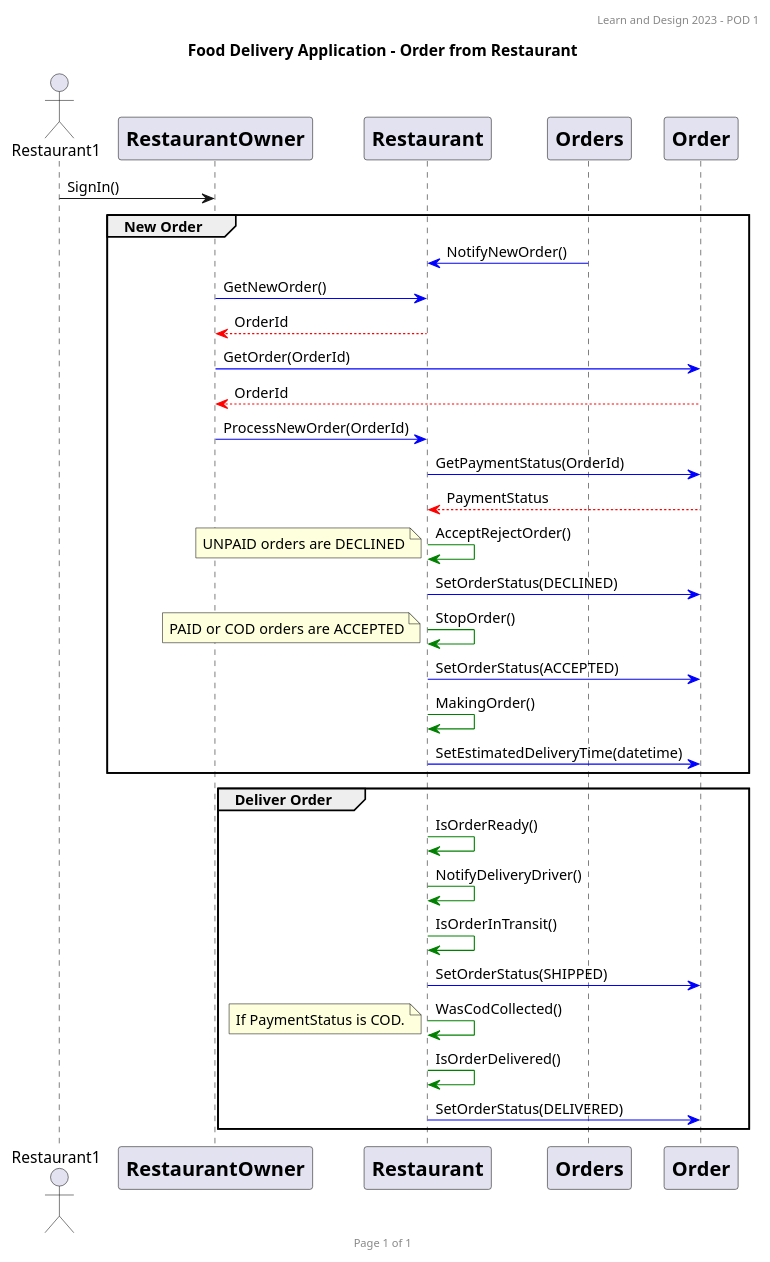
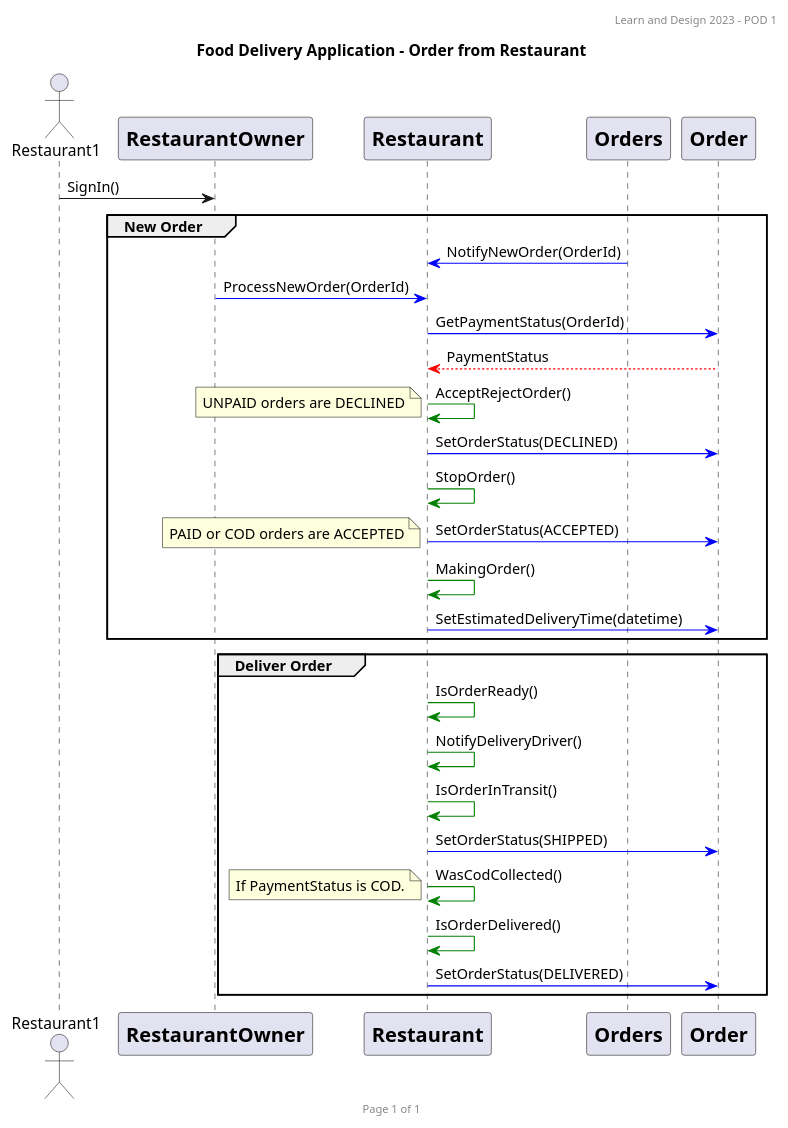
Before and after one commit to WestonDockstader/FoodDeliveryApp: the diagram in SequenceDiagram/restaurantOwner-sequence.puml, drawn with PlantUML. The commit also changed 3 other files, not shown here.

Commit message:
Restaurant Owner sequence and Class Diagram updates.

```diff
--- a/SequenceDiagram/restaurantOwner-sequence.puml
+++ b/SequenceDiagram/restaurantOwner-sequence.puml
@@ -1,61 +1,56 @@
 @startuml
 header Learn and Design 2023 - POD 1
 footer Page %page% of %lastpage%
 
 title: Food Delivery Application - Order from Restaurant
 
 actor Restaurant1
 
 participant RestaurantOwner [
     = RestaurantOwner
 ]
 
 participant Restaurant [
     = Restaurant
 ]
 
 participant Orders [
     = Orders
 ]
 
 participant Order [
     = Order
 ]
 
 Restaurant1 -> RestaurantOwner : SignIn()
     group New Order
-Orders -[#blue]> Restaurant : NotifyNewOrder()
-RestaurantOwner -[#blue]> Restaurant : GetNewOrder()
-Restaurant -[#red]-> RestaurantOwner : OrderId
-RestaurantOwner -[#blue]> Order : GetOrder(OrderId)
-Order -[#red]-> RestaurantOwner : OrderId
+Orders -[#blue]> Restaurant : NotifyNewOrder(OrderId)
 RestaurantOwner -[#blue]> Restaurant : ProcessNewOrder(OrderId)
 Restaurant -[#blue]> Order : GetPaymentStatus(OrderId)
 Order -[#red]-> Restaurant : PaymentStatus
 Restaurant -[#green]> Restaurant : AcceptRejectOrder()
     note left
         UNPAID orders are DECLINED
     end note
 Restaurant -[#blue]> Order : SetOrderStatus(DECLINED)
 Restaurant -[#green]> Restaurant : StopOrder()
+Restaurant -[#blue]> Order : SetOrderStatus(ACCEPTED)
     note left
         PAID or COD orders are ACCEPTED
     end note
-Restaurant -[#blue]> Order : SetOrderStatus(ACCEPTED)
-
 Restaurant -[#green]> Restaurant : MakingOrder()
 Restaurant -[#blue]> Order : SetEstimatedDeliveryTime(datetime)
     end
     group Deliver Order
 Restaurant -[#green]> Restaurant : IsOrderReady()
 Restaurant -[#green]> Restaurant : NotifyDeliveryDriver()
 Restaurant -[#green]> Restaurant : IsOrderInTransit()
 Restaurant -[#blue]> Order : SetOrderStatus(SHIPPED)
 Restaurant -[#green]> Restaurant : WasCodCollected()
     note left
         If PaymentStatus is COD.
     end note
 Restaurant -[#green]> Restaurant : IsOrderDelivered()
 Restaurant -[#blue]> Order : SetOrderStatus(DELIVERED)
     end
 @enduml
```
